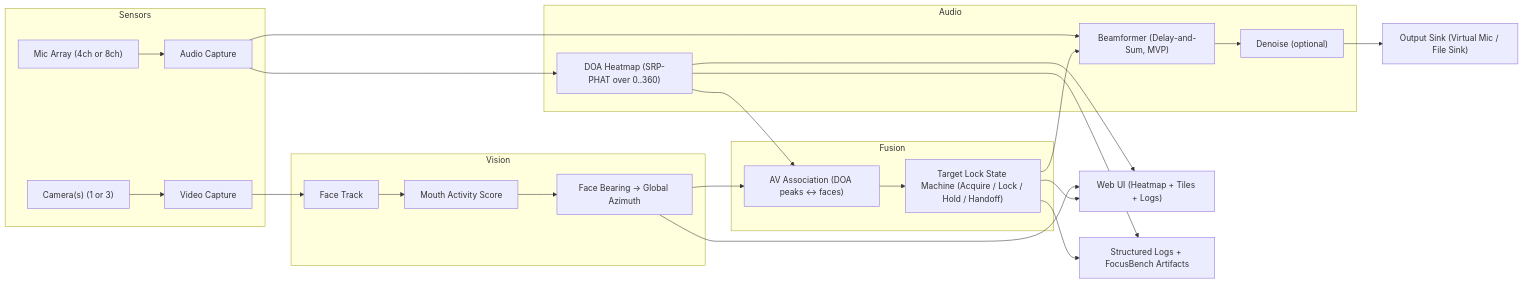
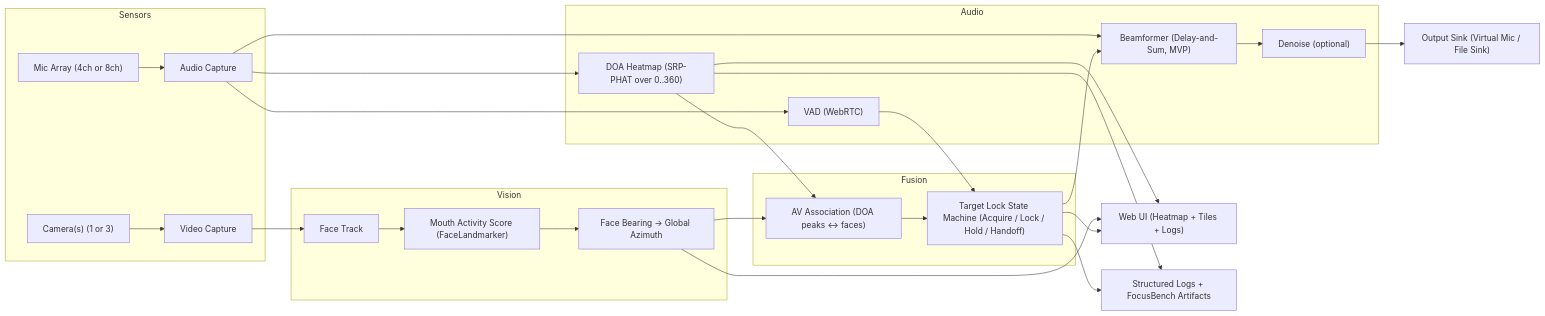
The first of 4 diagrams in README.md (rilical/FocusField), drawn with Mermaid before and after one commit. The commit also changed other lines of this file and 1 other file, not shown here.

Commit message:
Add full configuration for 3 cameras and 8 microphones optimized for Raspberry Pi. Update README.md to reflect new VAD message type and clarify UI deliverables.

````diff
--- a/README.md
+++ b/README.md
@@ -19,33 +19,35 @@
 ```mermaid
 flowchart LR
   subgraph Sensors
     A["Mic Array (4ch or 8ch)"] --> B[Audio Capture]
     G["Camera(s) (1 or 3)"] --> H[Video Capture]
   end
 
   subgraph Audio
     B --> C["DOA Heatmap (SRP-PHAT over 0..360)"]
+    B --> VAD["VAD (WebRTC)"]
     B --> D["Beamformer (Delay-and-Sum, MVP)"]
     D --> E["Denoise (optional)"]
   end
 
   subgraph Vision
     H --> V1[Face Track]
-    V1 --> V2[Mouth Activity Score]
+    V1 --> V2["Mouth Activity Score (FaceLandmarker)"]
     V2 --> V3["Face Bearing -> Global Azimuth"]
   end
 
   subgraph Fusion
     C --> F1["AV Association (DOA peaks <-> faces)"]
     V3 --> F1
-    F1 --> F2["Target Lock State Machine (Acquire / Lock / Hold / Handoff)"]
+  VAD --> F2
+  F1 --> F2["Target Lock State Machine (Acquire / Lock / Hold / Handoff)"]
     F2 --> D
   end
 
   E --> OUT["Output Sink (Virtual Mic / File Sink)"]
   C --> UI["Web UI (Heatmap + Tiles + Logs)"]
   V3 --> UI
   F2 --> UI
   F2 --> LOG["Structured Logs + FocusBench Artifacts"]
   C --> LOG
 ```
````
